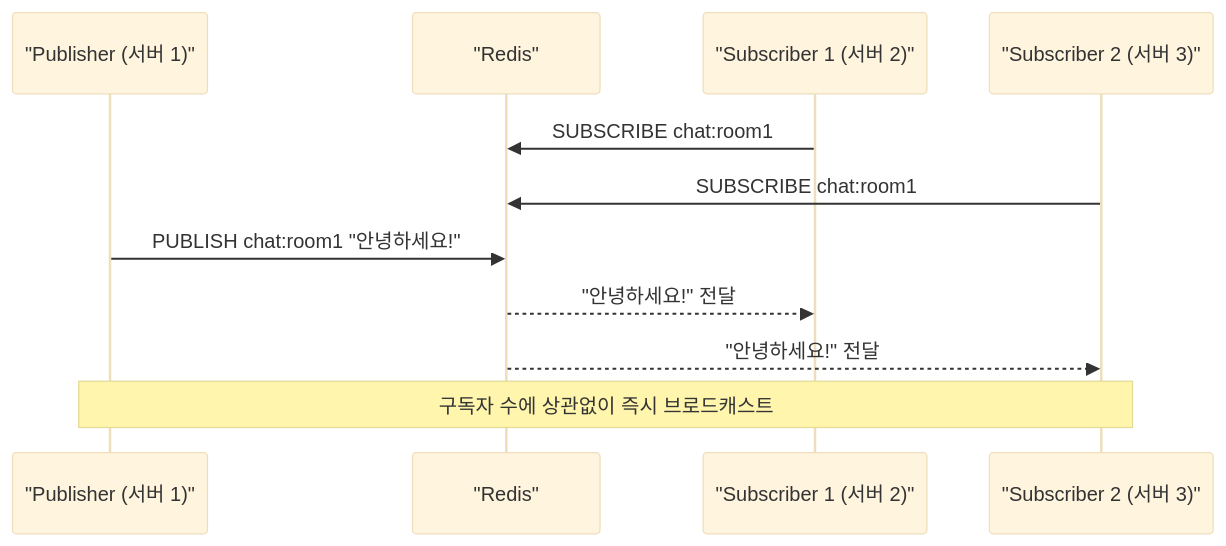
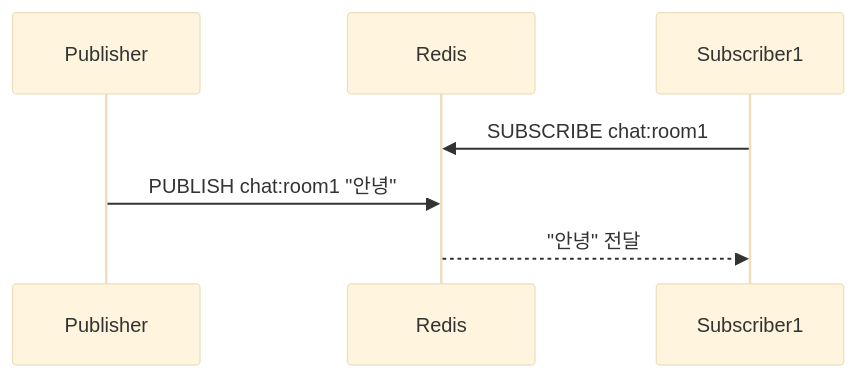
The first of 3 diagrams in _posts/redis/2026-05-01-redis-pubsub.md (yjkim2015/yjkim2015.github.io), drawn with Mermaid (base theme) before and after one commit. The commit also changed 155 other files, not shown here.

First line of the commit message:
Mermaid 전면 수정: subgraph 제거, participant/노드/줄수 축소 (342블록)

````diff
--- a/_posts/redis/2026-05-01-redis-pubsub.md
+++ b/_posts/redis/2026-05-01-redis-pubsub.md
@@ -19,13 +19,9 @@
 ```mermaid
 sequenceDiagram
-    participant P as "Publisher (서버 1)"
-    participant R as "Redis"
-    participant S1 as "Subscriber 1 (서버 2)"
-    participant S2 as "Subscriber 2 (서버 3)"
+    participant P as Publisher
+    participant R as Redis
+    participant S1 as Subscriber1
     S1->>R: SUBSCRIBE chat:room1
-    S2->>R: SUBSCRIBE chat:room1
-    P->>R: PUBLISH chat:room1 "안녕하세요!"
-    R-->>S1: "안녕하세요!" 전달
-    R-->>S2: "안녕하세요!" 전달
-    Note over P,S2: 구독자 수에 상관없이 즉시 브로드캐스트
+    P->>R: PUBLISH chat:room1 "안녕"
+    R-->>S1: "안녕" 전달
 ```
````
